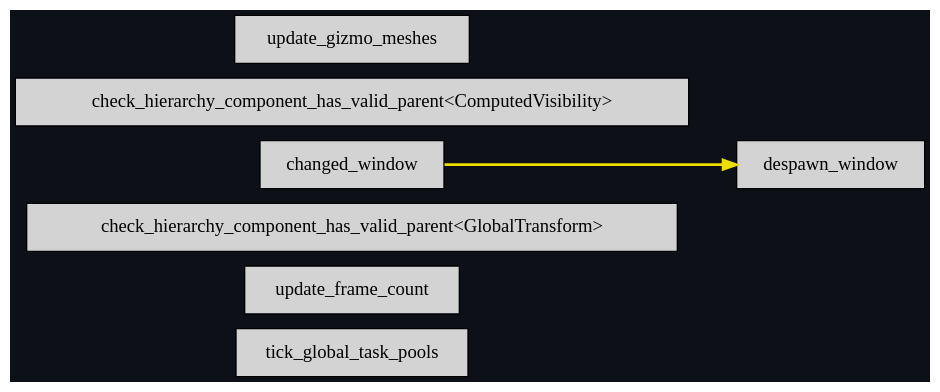
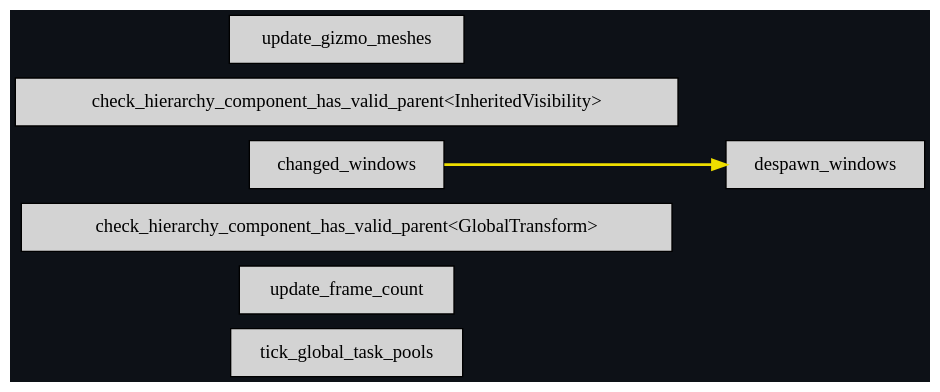
One commit to jakobhellermann/bevy_mod_debugdump changed the diagram in docs/schedule/dark/schedule_Last.dot. Above: the diagram before and after it, drawn with Graphviz. The commit also changed 60 other files, not shown here.

```diff
--- a/docs/schedule/dark/schedule_Last.dot
+++ b/docs/schedule/dark/schedule_Last.dot
@@ -1,18 +1,18 @@
 digraph "" {
 	"compound"="true";
 	"splines"="spline";
 	"rankdir"="LR";
 	"bgcolor"="#0d1117";
 	"fontname"="Helvetica";
 	"nodesep"="0.15";
 	edge ["penwidth"="2"];
 	node ["shape"="box", "style"="filled"];
 	"node_System(0)" ["label"="tick_global_task_pools", "tooltip"="bevy_core::tick_global_task_pools"]
 	"node_System(1)" ["label"="update_frame_count", "tooltip"="bevy_core::update_frame_count"]
 	"node_System(2)" ["label"="check_hierarchy_component_has_valid_parent<GlobalTransform>", "tooltip"="bevy_hierarchy::valid_parent_check_plugin::check_hierarchy_component_has_valid_parent<bevy_transform::components::global_transform::GlobalTransform>"]
-	"node_System(3)" ["label"="changed_window", "tooltip"="bevy_winit::system::changed_window"]
-	"node_System(4)" ["label"="despawn_window", "tooltip"="bevy_winit::system::despawn_window"]
-	"node_System(5)" ["label"="check_hierarchy_component_has_valid_parent<ComputedVisibility>", "tooltip"="bevy_hierarchy::valid_parent_check_plugin::check_hierarchy_component_has_valid_parent<bevy_render::view::visibility::ComputedVisibility>"]
+	"node_System(3)" ["label"="changed_windows", "tooltip"="bevy_winit::system::changed_windows"]
+	"node_System(4)" ["label"="despawn_windows", "tooltip"="bevy_winit::system::despawn_windows"]
+	"node_System(5)" ["label"="check_hierarchy_component_has_valid_parent<InheritedVisibility>", "tooltip"="bevy_hierarchy::valid_parent_check_plugin::check_hierarchy_component_has_valid_parent<bevy_render::view::visibility::InheritedVisibility>"]
 	"node_System(6)" ["label"="update_gizmo_meshes", "tooltip"="bevy_gizmos::update_gizmo_meshes"]
-	"node_System(3)" -> "node_System(4)" ["lhead"="", "ltail"="", "tooltip"="SystemTypeSet(changed_window\") → despawn_window", "color"="#eede00"]
+	"node_System(3)" -> "node_System(4)" ["lhead"="", "ltail"="", "tooltip"="changed_windows → despawn_windows", "color"="#eede00"]
 }
```
